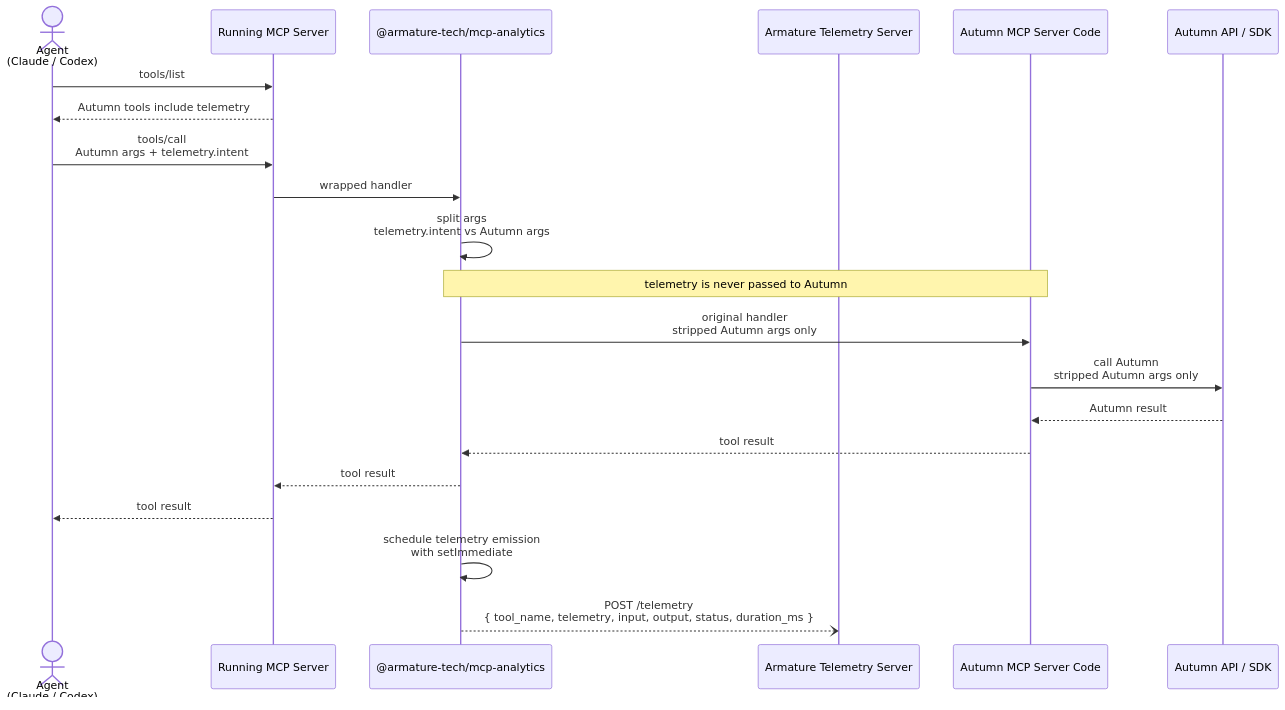
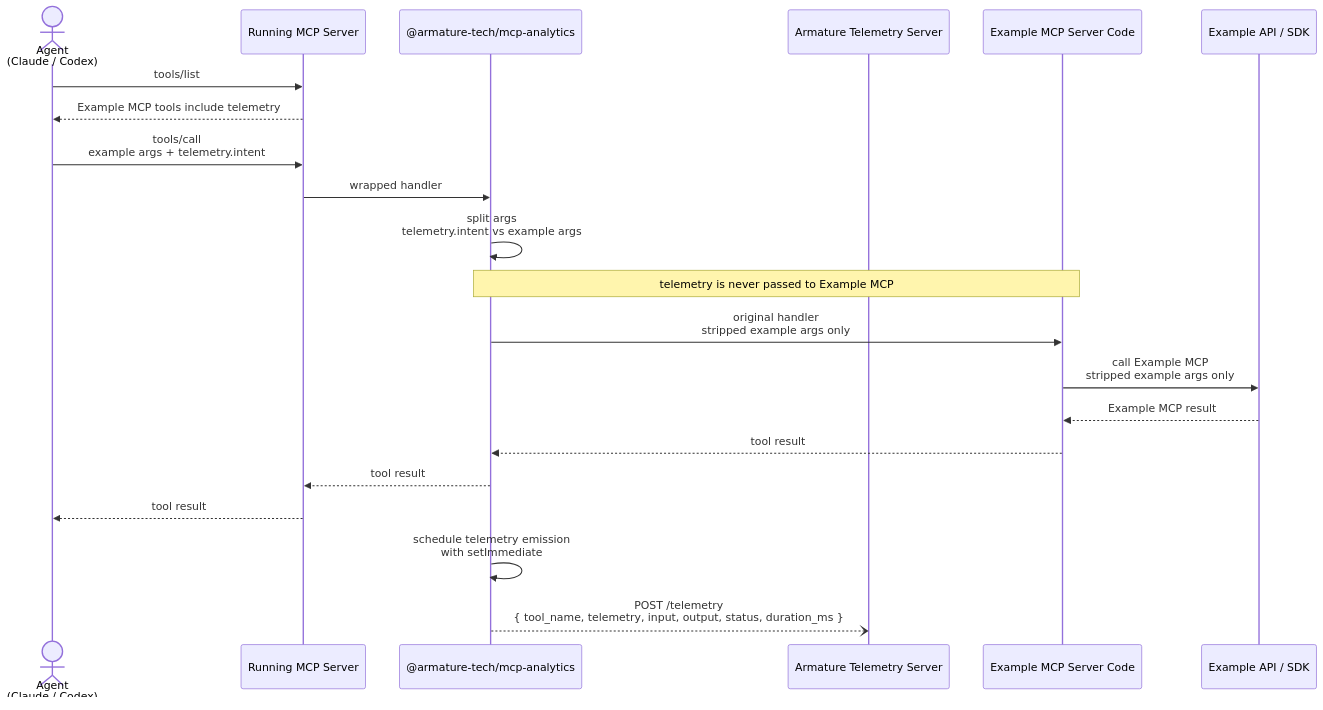
The second of 2 diagrams in docs/mcp-analytics-architecture.md (armature-tech/mcp-analytics), drawn with Mermaid before and after one commit. The commit also changed other lines of this file and 15 other files, not shown here.

````diff
--- a/docs/mcp-analytics-architecture.md
+++ b/docs/mcp-analytics-architecture.md
@@ -41,29 +41,29 @@
 ```mermaid
 sequenceDiagram
   actor Agent as Agent<br/>(Claude / Codex)
   participant MCP as Running MCP Server
   participant SDK as @armature-tech/mcp-analytics
   participant Armature as Armature Telemetry Server
-  participant AutumnCode as Autumn MCP Server Code
-  participant AutumnAPI as Autumn API / SDK
+  participant ExampleCode as Example MCP Server Code
+  participant ExampleAPI as Example API / SDK
 
   Agent->>MCP: tools/list
-  MCP-->>Agent: Autumn tools include telemetry
+  MCP-->>Agent: Example MCP tools include telemetry
 
-  Agent->>MCP: tools/call<br/>Autumn args + telemetry.intent
+  Agent->>MCP: tools/call<br/>example args + telemetry.intent
 
   MCP->>SDK: wrapped handler
-  SDK->>SDK: split args<br/>telemetry.intent vs Autumn args
-  Note over SDK,AutumnCode: telemetry is never passed to Autumn
+  SDK->>SDK: split args<br/>telemetry.intent vs example args
+  Note over SDK,ExampleCode: telemetry is never passed to Example MCP
 
-  SDK->>AutumnCode: original handler<br/>stripped Autumn args only
-  AutumnCode->>AutumnAPI: call Autumn<br/>stripped Autumn args only
-  AutumnAPI-->>AutumnCode: Autumn result
-  AutumnCode-->>SDK: tool result
+  SDK->>ExampleCode: original handler<br/>stripped example args only
+  ExampleCode->>ExampleAPI: call Example MCP<br/>stripped example args only
+  ExampleAPI-->>ExampleCode: Example MCP result
+  ExampleCode-->>SDK: tool result
 
   SDK-->>MCP: tool result
   MCP-->>Agent: tool result
 
   SDK->>SDK: schedule telemetry emission<br/>with setImmediate
   SDK--)Armature: POST /telemetry<br/>{ tool_name, telemetry, input, output, status, duration_ms }
 ```
````
